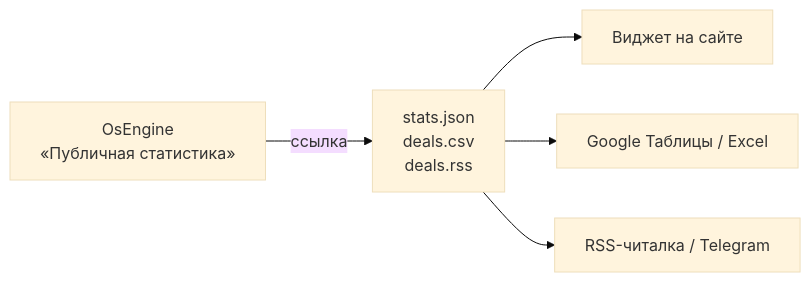
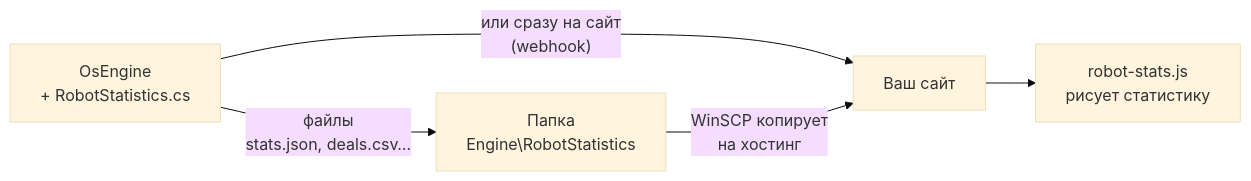
Before and after one commit to si0683/robotstatistics: the diagram in TechnicalSpecification/Инструкция — Статистика робота на своём сайте.md, drawn with Mermaid (base theme). The commit also changed other lines of this file and 58 other files, not shown here.

First line of the commit message:
v3.1: окно выбора роботов, тестер, webhook, виджет на Lightweight Charts, Docker-пример

````diff
--- a/TechnicalSpecification/Инструкция — Статистика робота на своём сайте.md
+++ b/TechnicalSpecification/Инструкция — Статистика робота на своём сайте.md
@@ -26,7 +32,7 @@
 ```mermaid
 flowchart LR
-    A["OsEngine<br/>«Публичная статистика»"] -- "ссылка" --> B["stats.json<br/>deals.csv<br/>deals.rss"]
-    B --> C["Виджет на сайте"]
-    B --> D["Google Таблицы / Excel"]
-    B --> E["RSS-читалка / Telegram"]
+    A["OsEngine<br/>+ RobotStatistics.cs"] -- "файлы<br/>stats.json, deals.csv…" --> B["Папка<br/>Engine\RobotStatistics"]
+    A -- "или сразу на сайт<br/>(webhook)" --> C["Ваш сайт"]
+    B -- "WinSCP копирует<br/>на хостинг" --> C
+    C --> D["robot-stats.js<br/>рисует статистику"]
 ```
````
